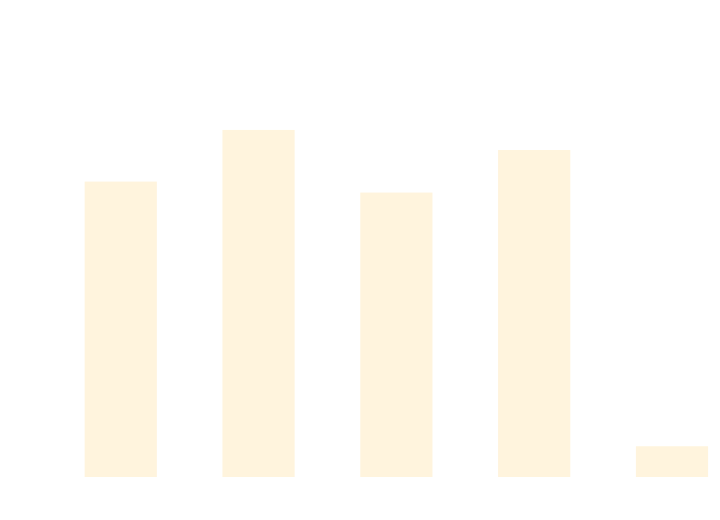
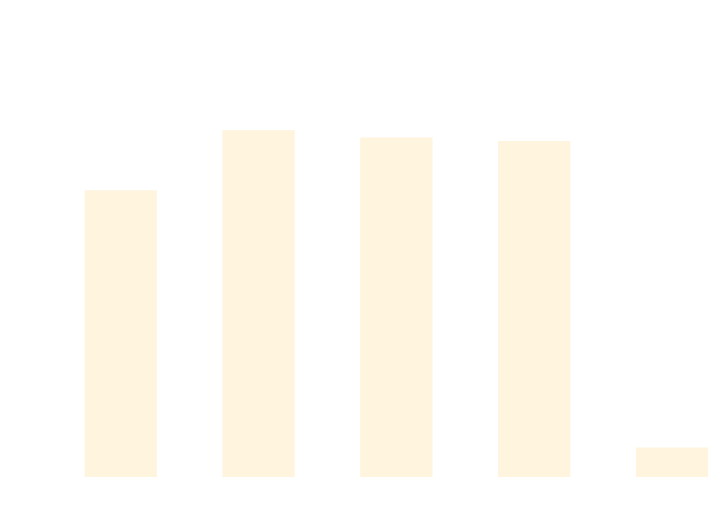
The diagram in docs/docs/benchmarks/ScaleTests.md (thomhurst/TUnit), drawn with Mermaid before and after one commit. The commit also changed other lines of this file and 17 other files, not shown here.

````diff
--- a/docs/docs/benchmarks/ScaleTests.md
+++ b/docs/docs/benchmarks/ScaleTests.md
@@ -27,37 +27,37 @@
 ```mermaid
 %%{init: {
   'theme':'base',
   'themeVariables': {
     'primaryColor': '#2563eb',
     'primaryTextColor': '#ffffff',
     'primaryBorderColor': '#1e40af',
     'lineColor': '#6b7280',
     'secondaryColor': '#7c3aed',
     'tertiaryColor': '#dc2626',
     'background': '#ffffff',
     'mainBkg': '#2563eb',
     'secondBkg': '#7c3aed',
     'tertiaryBkg': '#dc2626',
     'clusterBkg': '#f3f4f6',
     'edgeLabelBackground': '#ffffff',
     'tertiaryTextColor': '#1f2937',
     'pie1': '#2563eb',
     'pie2': '#7c3aed',
     'pie3': '#dc2626',
     'pie4': '#f59e0b',
     'pie5': '#10b981',
     'pie6': '#06b6d4',
     'pie7': '#ec4899',
     'pie8': '#6366f1',
     'pie9': '#84cc16',
     'pie10': '#f97316',
     'pie11': '#14b8a6',
     'pie12': '#a855f7'
   }
 }}%%
 xychart-beta
   title "ScaleTests Performance Comparison"
   x-axis ["TUnit", "NUnit", "MSTest", "xUnit3", "TUnit_AOT"]
-  y-axis "Time (ms)" 0 --> 736
-  bar [519.76, 613.14, 499.9, 576.89, 41.13]
+  y-axis "Time (ms)" 0 --> 769
+  bar [526.61, 640.33, 626.41, 619.73, 40.59]
 ```
````
